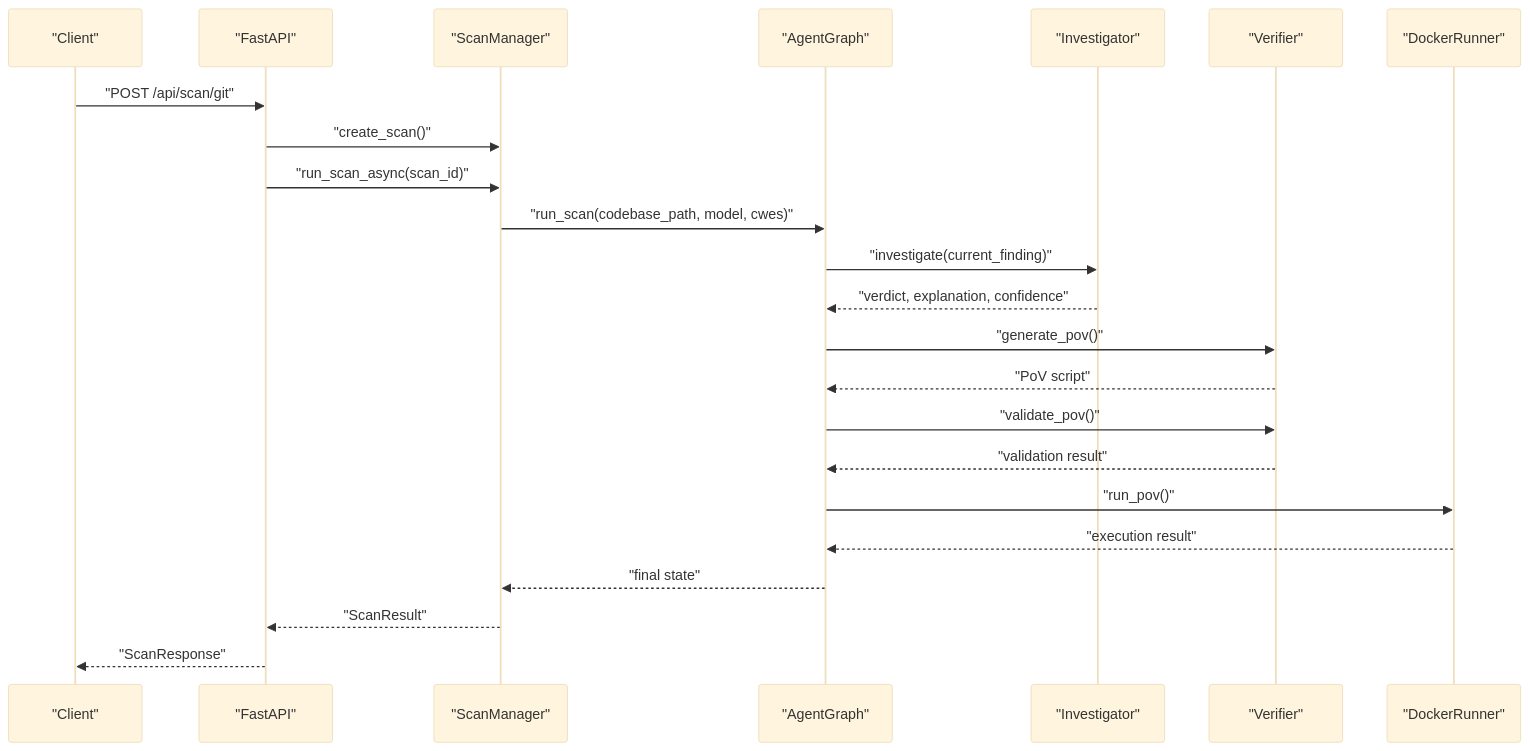
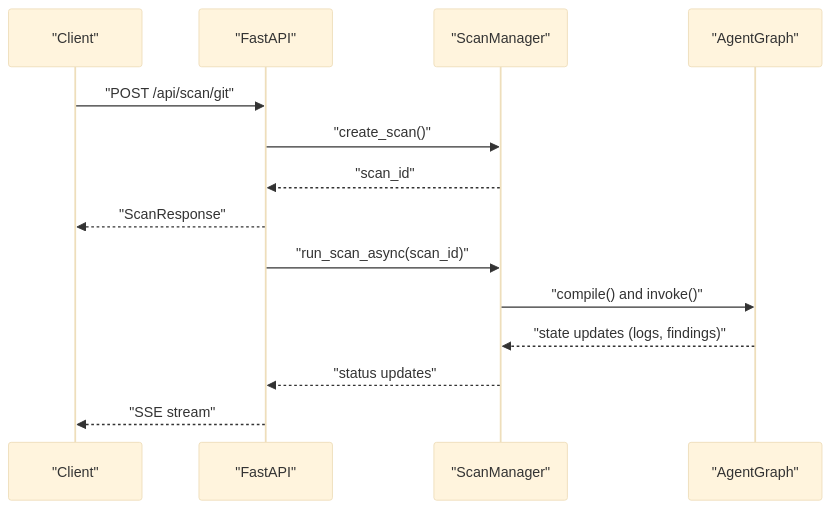
The fourth of 10 diagrams in .qoder/repowiki/en/content/Architecture & Design/Architecture & Design.md (keysight-anya/AutoPoV), drawn with Mermaid (base theme) before and after one commit. The commit also changed other lines of this file and 150 other files, not shown here.

````diff
--- a/.qoder/repowiki/en/content/Architecture & Design/Architecture & Design.md
+++ b/.qoder/repowiki/en/content/Architecture & Design/Architecture & Design.md
@@ -126,25 +257,16 @@
 ```mermaid
 sequenceDiagram
 participant Client as "Client"
 participant API as "FastAPI"
 participant SM as "ScanManager"
 participant AG as "AgentGraph"
-participant INV as "Investigator"
-participant VER as "Verifier"
-participant DR as "DockerRunner"
 Client->>API : "POST /api/scan/git"
 API->>SM : "create_scan()"
+SM-->>API : "scan_id"
+API-->>Client : "ScanResponse"
 API->>SM : "run_scan_async(scan_id)"
-SM->>AG : "run_scan(codebase_path, model, cwes)"
-AG->>INV : "investigate(current_finding)"
-INV-->>AG : "verdict, explanation, confidence"
-AG->>VER : "generate_pov()"
-VER-->>AG : "PoV script"
-AG->>VER : "validate_pov()"
-VER-->>AG : "validation result"
-AG->>DR : "run_pov()"
-DR-->>AG : "execution result"
-AG-->>SM : "final state"
-SM-->>API : "ScanResult"
-API-->>Client : "ScanResponse"
+SM->>AG : "compile() and invoke()"
+AG-->>SM : "state updates (logs, findings)"
+SM-->>API : "status updates"
+API-->>Client : "SSE stream"
 ```
````
